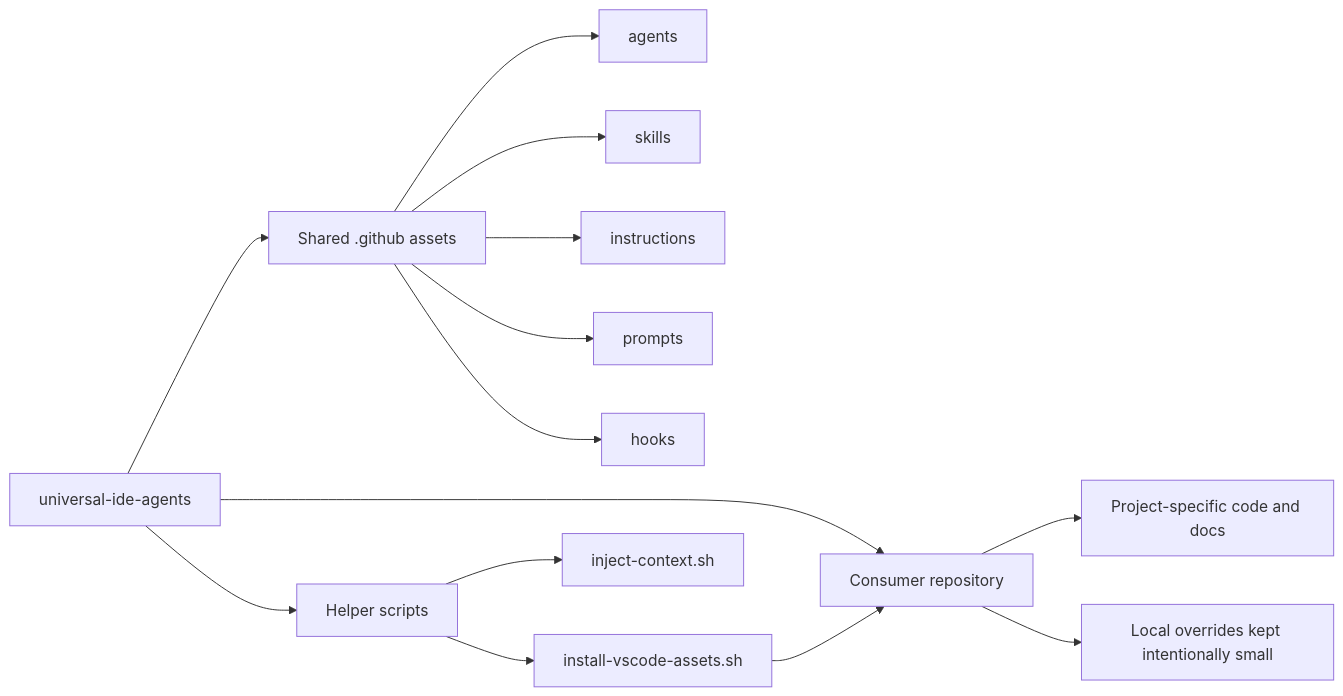
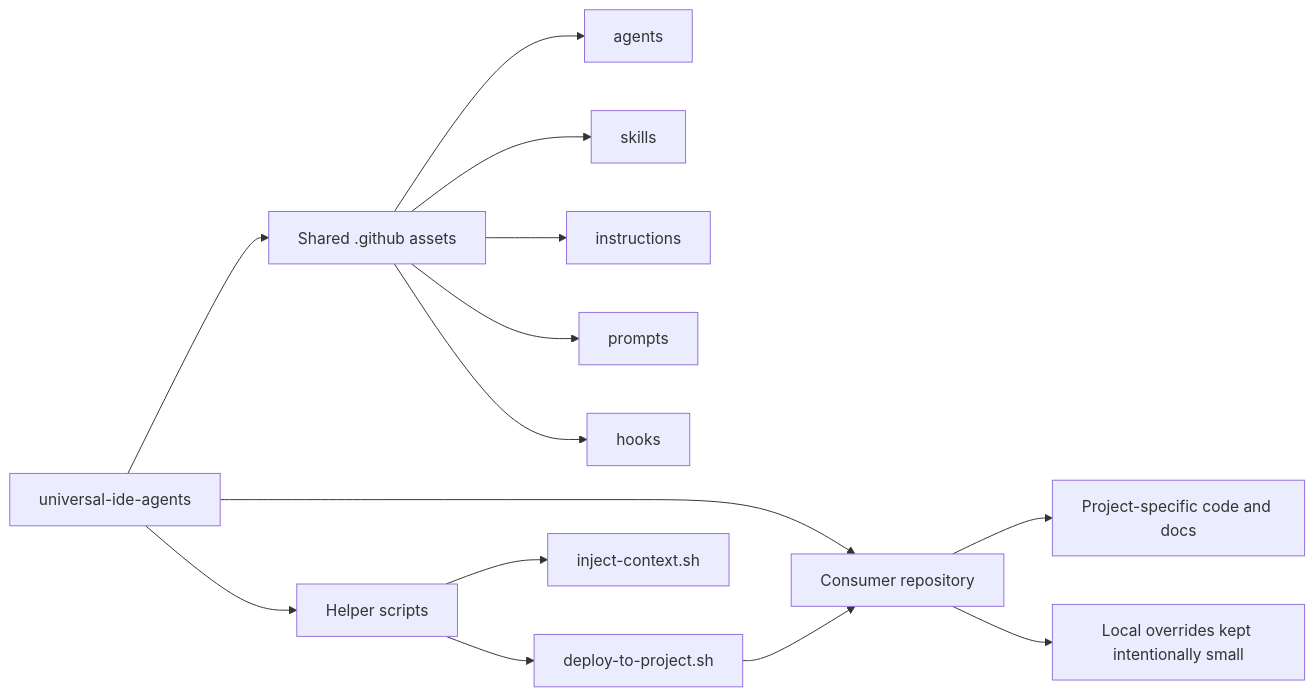
The diagram in README.md (Sebastian93BC/universal-ide-agents), drawn with Mermaid before and after one commit. The commit also changed other lines of this file and 6 other files, not shown here.

Commit message:
Refactor deployment process: introduce deploy-to-project.sh, deprecate install-vscode-assets.sh, and enhance .gitignore and documentation for improved asset management

````diff
--- a/README.md
+++ b/README.md
@@ -47,16 +47,16 @@
 ```mermaid
 flowchart LR
     A[universal-ide-agents] --> B[Shared .github assets]
     A --> C[Helper scripts]
     B --> D[agents]
     B --> E[skills]
     B --> F[instructions]
     B --> G[prompts]
     B --> H[hooks]
-    C --> I[install-vscode-assets.sh]
+    C --> I[deploy-to-project.sh]
     C --> J[inject-context.sh]
     A --> K[Consumer repository]
     I --> K
     K --> L[Project-specific code and docs]
     K --> M[Local overrides kept intentionally small]
 ```
````
